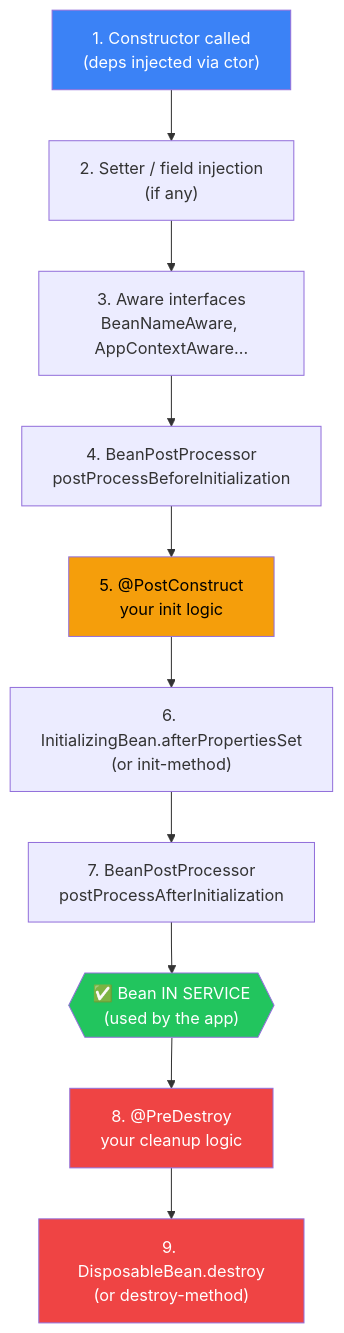
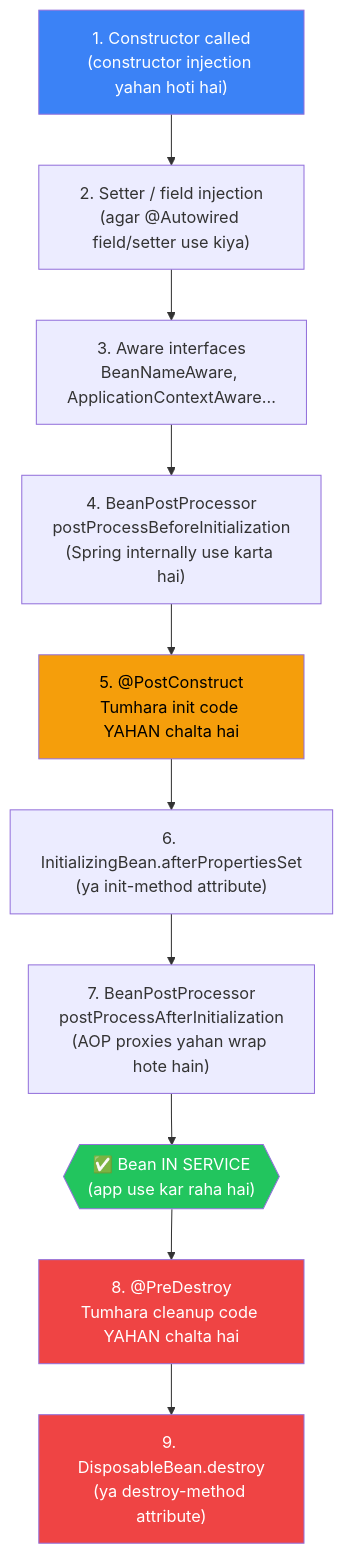
Before and after one commit to Siddesh-Pansare93/dev-notes: the second of 2 diagrams in springboot/04-Spring-Core/06-Bean-Scopes-Lifecycle.md, drawn with Mermaid. The commit also changed other lines of this file and 248 other files, not shown here.

````diff
--- a/springboot/04-Spring-Core/06-Bean-Scopes-Lifecycle.md
+++ b/springboot/04-Spring-Core/06-Bean-Scopes-Lifecycle.md
@@ -144,18 +343,18 @@
 ```mermaid
 flowchart TD
-    A["1. Constructor called\n(deps injected via ctor)"] --> B
-    B["2. Setter / field injection\n(if any)"] --> C
-    C["3. Aware interfaces\nBeanNameAware, AppContextAware..."] --> D
-    D["4. BeanPostProcessor\npostProcessBeforeInitialization"] --> E
-    E["5. @PostConstruct\nyour init logic"] --> F
-    F["6. InitializingBean.afterPropertiesSet\n(or init-method)"] --> G
-    G["7. BeanPostProcessor\npostProcessAfterInitialization"] --> H
-    H{{"✅ Bean IN SERVICE\n(used by the app)"}} --> I
-    I["8. @PreDestroy\nyour cleanup logic"] --> J
-    J["9. DisposableBean.destroy\n(or destroy-method)"]
+    A["1. Constructor called\n(constructor injection yahan hoti hai)"] --> B
+    B["2. Setter / field injection\n(agar @Autowired field/setter use kiya)"] --> C
+    C["3. Aware interfaces\nBeanNameAware, ApplicationContextAware..."] --> D
+    D["4. BeanPostProcessor\npostProcessBeforeInitialization\n(Spring internally use karta hai)"] --> E
+    E["5. @PostConstruct\nTumhara init code YAHAN chalta hai"] --> F
+    F["6. InitializingBean.afterPropertiesSet\n(ya init-method attribute)"] --> G
+    G["7. BeanPostProcessor\npostProcessAfterInitialization\n(AOP proxies yahan wrap hote hain)"] --> H
+    H{{"✅ Bean IN SERVICE\n(app use kar raha hai)"}} --> I
+    I["8. @PreDestroy\nTumhara cleanup code YAHAN chalta hai"] --> J
+    J["9. DisposableBean.destroy\n(ya destroy-method attribute)"]
     style A fill:#3b82f6,color:#fff
     style E fill:#f59e0b,color:#000
     style H fill:#22c55e,color:#fff
     style I fill:#ef4444,color:#fff
     style J fill:#ef4444,color:#fff
 ```
````
